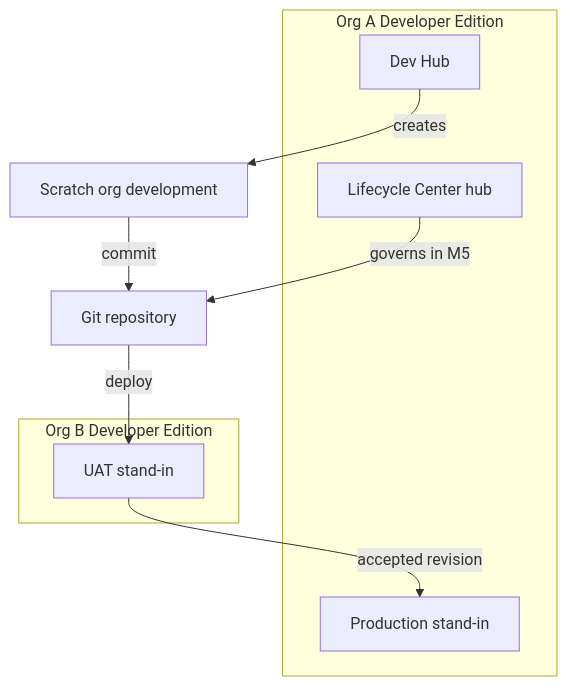
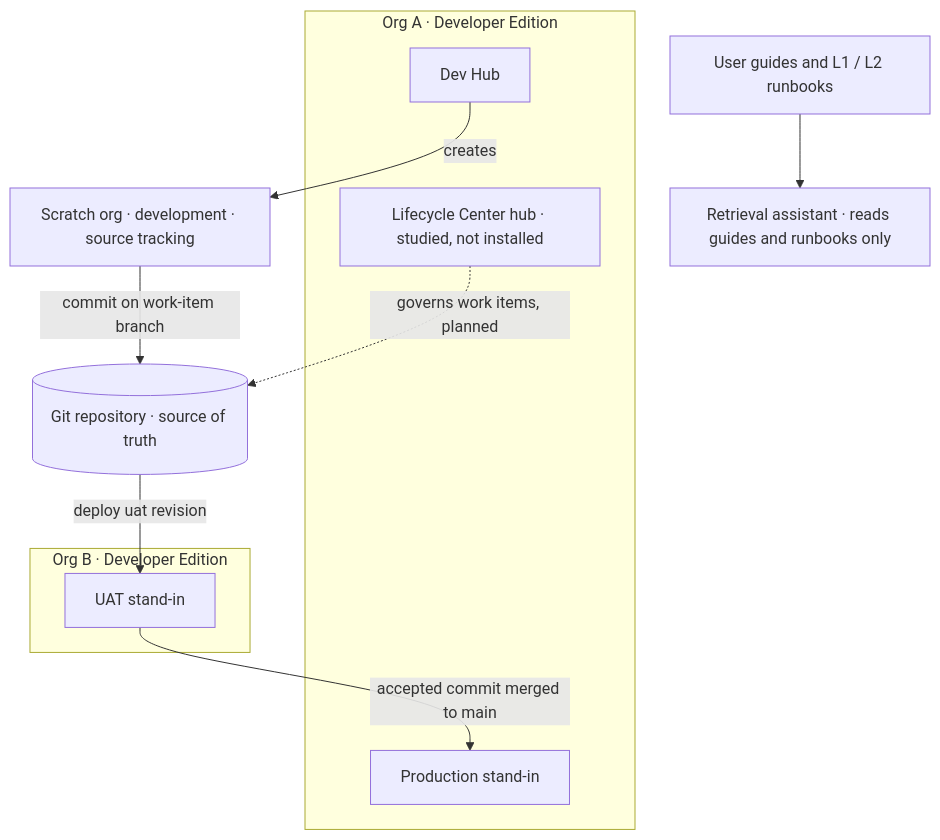
One commit to NileshModlier/Salesforce-Org-Operations-Release-Management changed the first of 4 diagrams in README.md. Above: the diagram before and after it, drawn with Mermaid. The commit also changed other lines of this file and 14 other files, not shown here.

````diff
--- a/README.md
+++ b/README.md
@@ -39,21 +74,22 @@
 ```mermaid
 flowchart TB
-  subgraph orgABox [Org A Developer Edition]
-    prodRole[Production stand-in]
-    devHub[Dev Hub]
-    lcHub[Lifecycle Center hub]
+  subgraph orgA [Org A · Developer Edition]
+    prod[Production stand-in]
+    hub[Dev Hub]
+    lc[Lifecycle Center hub · studied, not installed]
   end
+  subgraph orgB [Org B · Developer Edition]
+    uat[UAT stand-in]
+  end
+  scratch[Scratch org · development · source tracking]
+  git[(Git repository · source of truth)]
+  helper[Retrieval assistant · reads guides and runbooks only]
+  docs[User guides and L1 / L2 runbooks]
 
-  subgraph orgBBox [Org B Developer Edition]
-    uatRole[UAT stand-in]
-  end
-
-  scratch[Scratch org development]
-  gitRepo[Git repository]
-
-  devHub -->|creates| scratch
-  scratch -->|commit| gitRepo
-  lcHub -->|governs in M5| gitRepo
-  gitRepo -->|deploy| uatRole
-  uatRole -->|accepted revision| prodRole
+  hub -->|creates| scratch
+  scratch -->|commit on work-item branch| git
+  git -->|deploy uat revision| uat
+  uat -->|accepted commit merged to main| prod
+  lc -.->|governs work items, planned| git
+  docs --> helper
 ```
````
